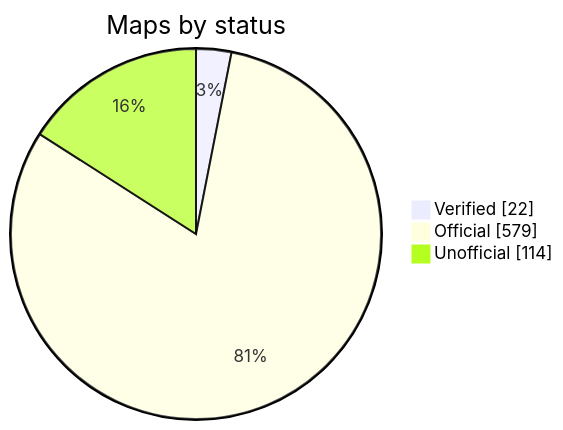
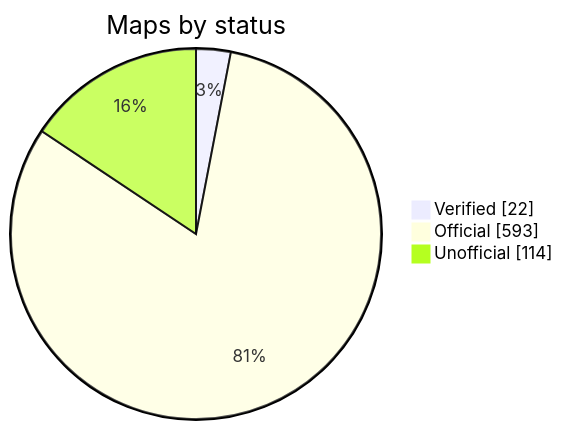
Before and after one commit to nobrega8/mbmap-library: the diagram in README.md, drawn with Mermaid. The commit also changed 19 other files, not shown here.

````diff
--- a/README.md
+++ b/README.md
@@ -52,7 +52,7 @@
 ```mermaid
 pie showData
     title Maps by status
     "Verified" : 22
-    "Official" : 579
+    "Official" : 593
     "Unofficial" : 114
 ```
````
